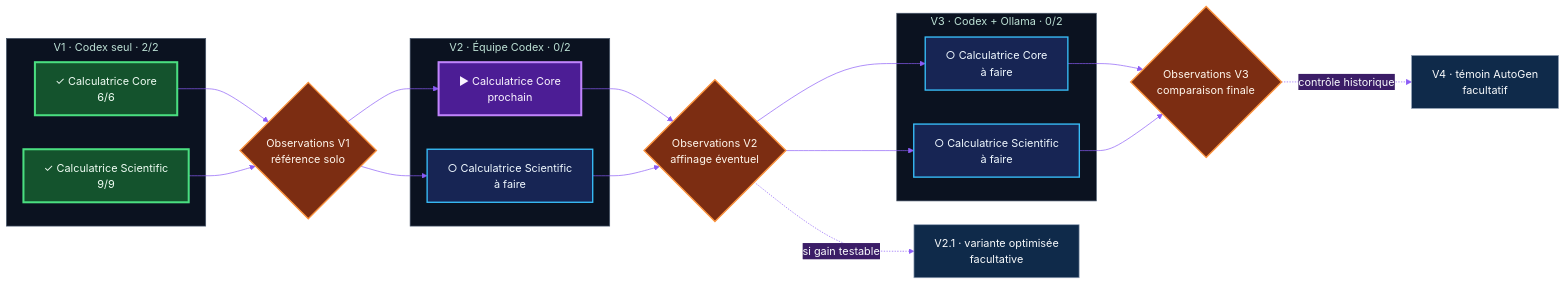
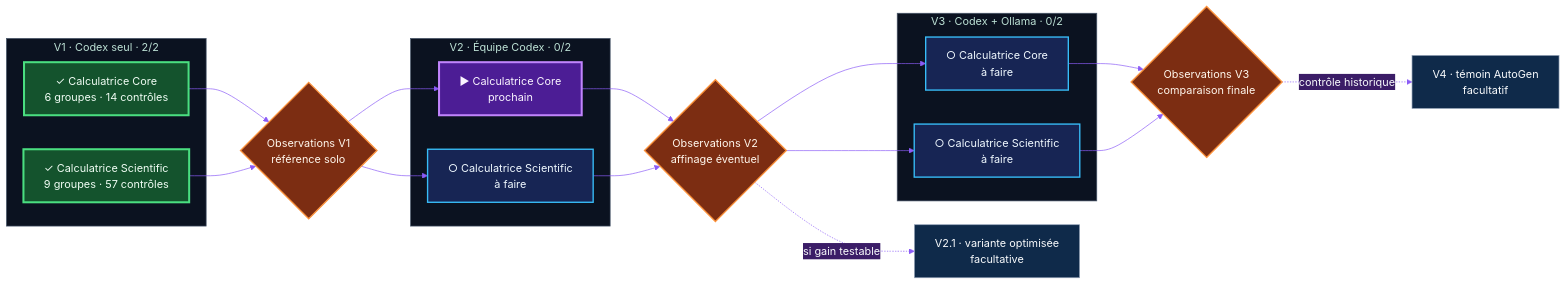
One commit to ERICRAC/AgentBench-2026 changed the diagram in README.md. Above: the diagram before and after it, drawn with Mermaid. The commit also changed other lines of this file and 15 other files, not shown here.

````diff
--- a/README.md
+++ b/README.md
@@ -39,50 +39,50 @@
 ```mermaid
 %%{init: {"theme": "base", "themeVariables": {
   "primaryColor": "#0f2a4a",
   "primaryTextColor": "#f8fafc",
   "primaryBorderColor": "#22d3ee",
   "secondaryColor": "#3b1d67",
   "tertiaryColor": "#431f2b",
   "fontFamily": "system-ui",
   "lineColor": "#8b5cf6",
   "clusterBkg": "#0b1220",
   "clusterBorder": "#475569"
 }}}%%
 flowchart LR
     subgraph V1["V1 · Codex seul · 2/2"]
-      V1C["✓ Calculatrice Core<br/>6/6"]
-      V1S["✓ Calculatrice Scientific<br/>9/9"]
+      V1C["✓ Calculatrice Core<br/>6 groupes · 14 contrôles"]
+      V1S["✓ Calculatrice Scientific<br/>9 groupes · 57 contrôles"]
     end
     G1{"Observations V1<br/>référence solo"}
     subgraph V2["V2 · Équipe Codex · 0/2"]
       V2C["▶ Calculatrice Core<br/>prochain"]
       V2S["○ Calculatrice Scientific<br/>à faire"]
     end
     G2{"Observations V2<br/>affinage éventuel"}
     V21["V2.1 · variante optimisée<br/>facultative"]
     subgraph V3["V3 · Codex + Ollama · 0/2"]
       V3C["○ Calculatrice Core<br/>à faire"]
       V3S["○ Calculatrice Scientific<br/>à faire"]
     end
     G3{"Observations V3<br/>comparaison finale"}
     V4["V4 · témoin AutoGen<br/>facultatif"]
 
     V1C & V1S --> G1
     G1 --> V2C & V2S
     V2C & V2S --> G2
     G2 -. "si gain testable" .-> V21
     G2 --> V3C & V3S
     V3C & V3S --> G3
     G3 -. "contrôle historique" .-> V4
 
     classDef done fill:#14532d,stroke:#4ade80,color:#f0fdf4,stroke-width:3px;
     classDef next fill:#4c1d95,stroke:#c084fc,color:#faf5ff,stroke-width:3px;
     classDef todo fill:#172554,stroke:#38bdf8,color:#f0f9ff,stroke-width:2px;
     classDef gate fill:#7c2d12,stroke:#fb923c,color:#fff7ed,stroke-width:2px;
     classDef optional fill:#0f2a4a,stroke:#94a3b8,color:#f8fafc;
     class V1C,V1S done;
     class V2C next;
     class V2S,V3C,V3S todo;
     class G1,G2,G3 gate;
     class V21,V4 optional;
 ```
````
